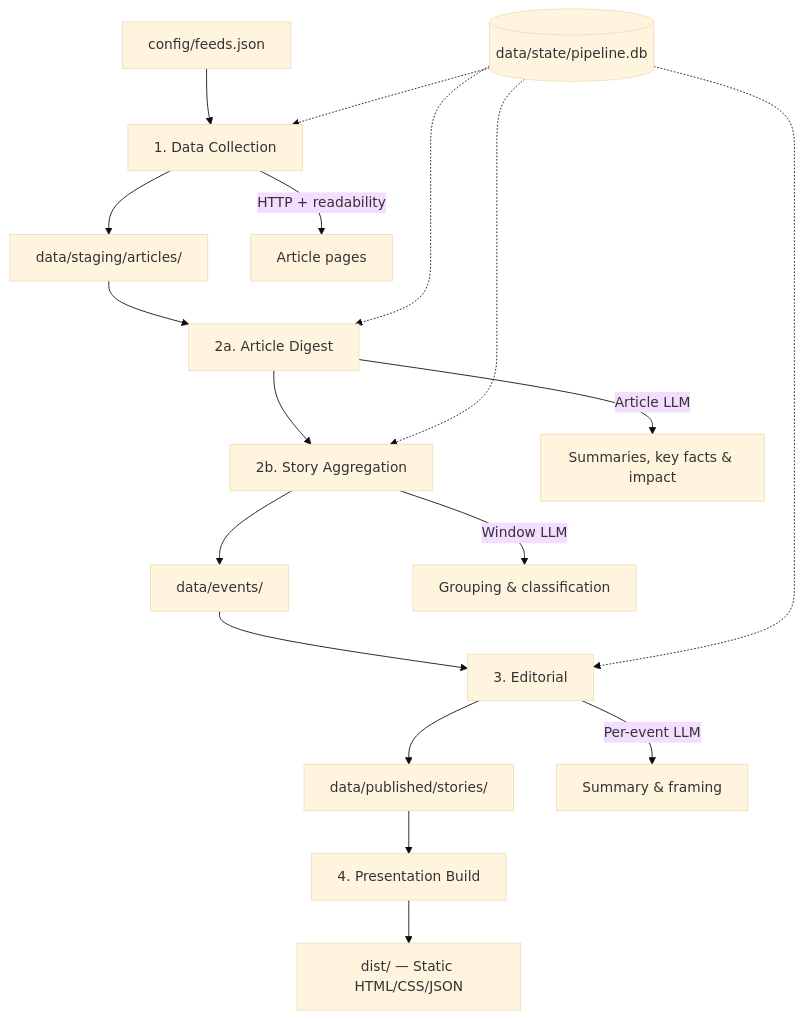
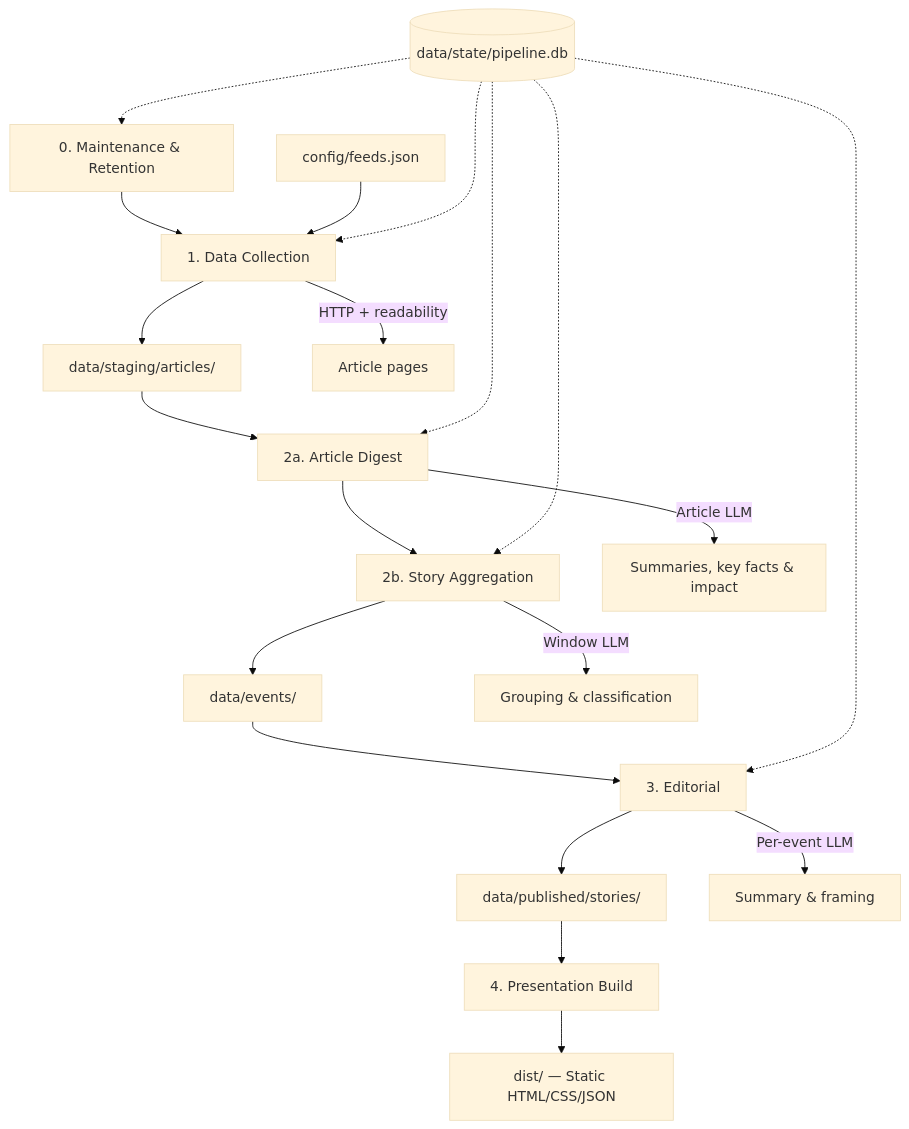
Before and after one commit to pmeenan/news-tldr.com: the diagram in docs/design.md, drawn with Mermaid (base theme). The commit also changed other lines of this file and 14 other files, not shown here.

````diff
--- a/docs/design.md
+++ b/docs/design.md
@@ -23,22 +23,24 @@
 ```mermaid
 graph TD
+    Maintenance[0. Maintenance & Retention] --> Collect[1. Data Collection]
     Feeds[config/feeds.json] --> Collect[1. Data Collection]
     Collect --> Articles[data/staging/articles/]
     Articles --> Digest[2a. Article Digest]
     Digest --> Aggregate[2b. Story Aggregation]
     Aggregate --> Events[data/events/]
     Events --> Editorial[3. Editorial]
     Editorial --> Stories[data/published/stories/]
     Stories --> Present[4. Presentation Build]
     Present --> Site[dist/ — Static HTML/CSS/JSON]
 
     State[(data/state/pipeline.db)] -.-> Collect
+    State -.-> Maintenance
     State -.-> Digest
     State -.-> Aggregate
     State -.-> Editorial
 
     Collect -->|HTTP + readability| Pages[Article pages]
     Digest -->|Article LLM| ArticleDigest[Summaries, key facts & impact]
     Aggregate -->|Window LLM| Classify[Grouping & classification]
     Editorial -->|Per-event LLM| Summarize[Summary & framing]
 ```
````
